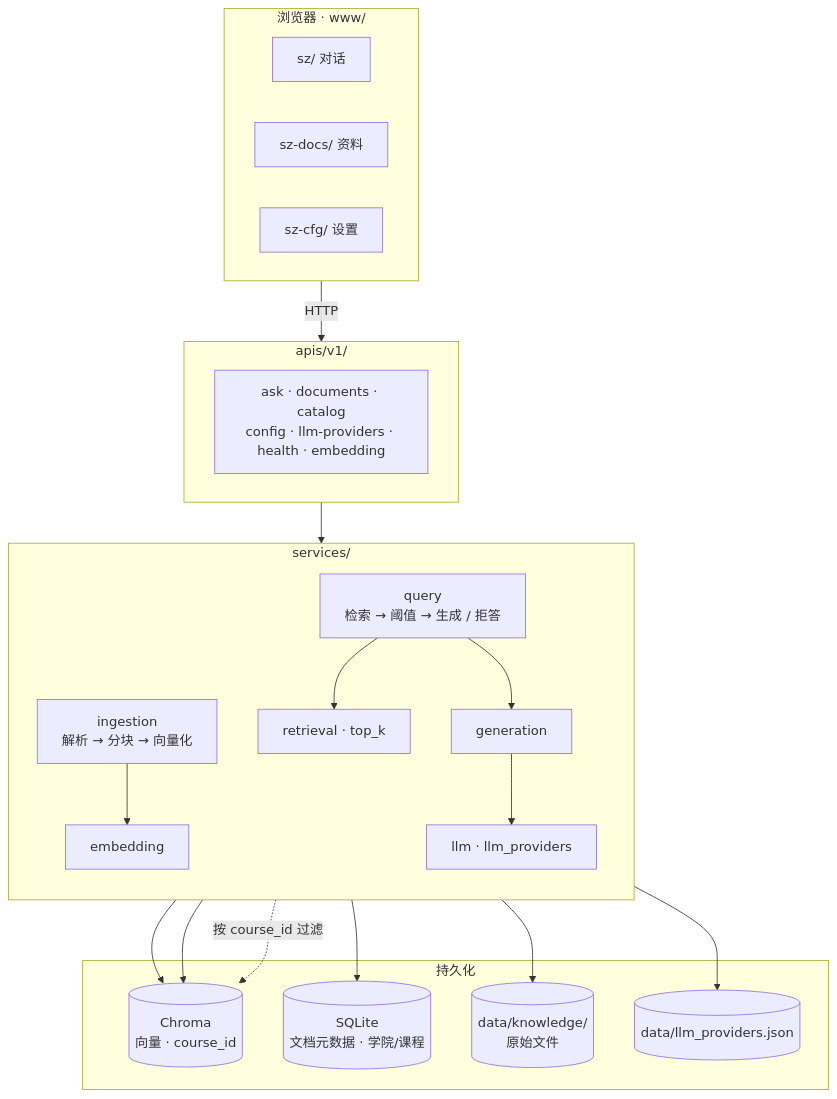
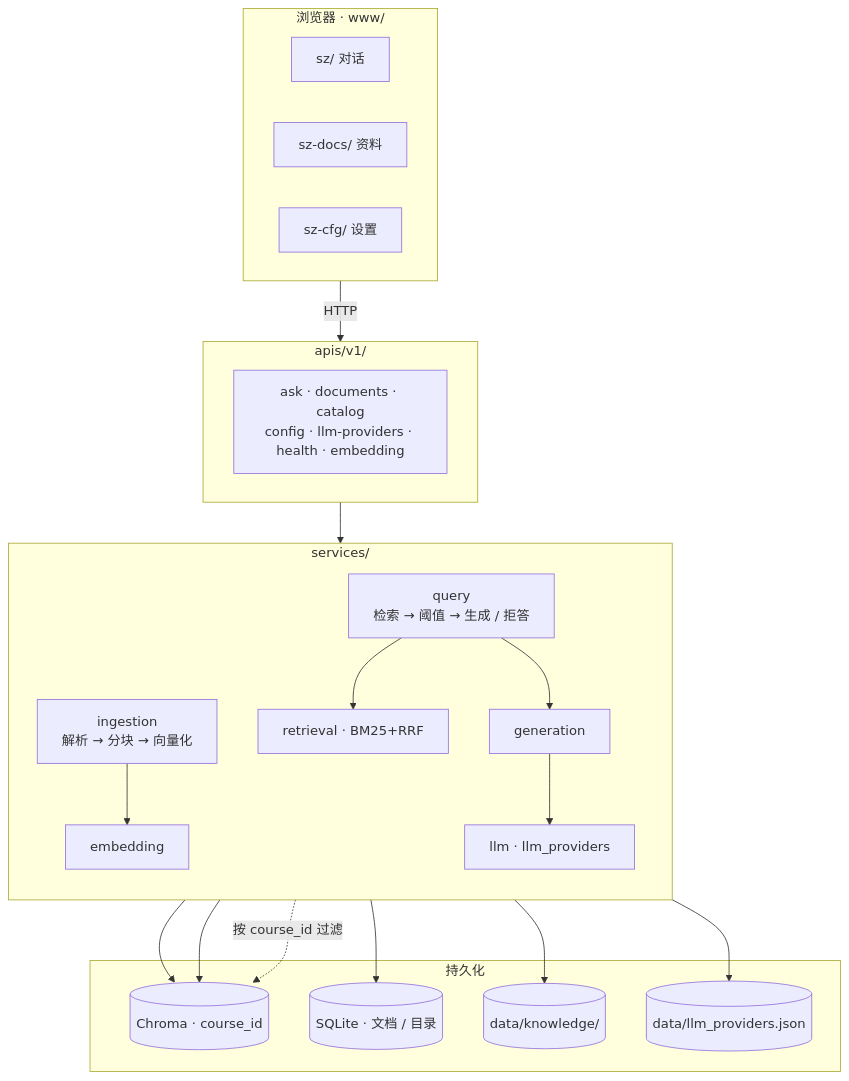
One commit to 1765889846/exam_qa changed the first of 2 diagrams in README.md. Above: the diagram before and after it, drawn with Mermaid. The commit also changed other lines of this file and 29 other files, not shown here.

````diff
--- a/README.md
+++ b/README.md
@@ -49,39 +68,39 @@
 ```mermaid
 flowchart TB
   subgraph browser["浏览器 · www/"]
     SZ["sz/ 对话"]
     DOCS["sz-docs/ 资料"]
     CFG["sz-cfg/ 设置"]
   end
 
   subgraph http["apis/v1/"]
     EP["ask · documents · catalog<br/>config · llm-providers · health · embedding"]
   end
 
   subgraph svc["services/"]
     direction TB
     ING["ingestion<br/>解析 → 分块 → 向量化"]
     Q["query<br/>检索 → 阈值 → 生成 / 拒答"]
-    RET["retrieval · top_k"]
+    RET["retrieval · BM25+RRF"]
     GEN["generation"]
     EMB["embedding"]
     LLM["llm · llm_providers"]
   end
 
   subgraph persist["持久化"]
-    CH[("Chroma<br/>向量 · course_id")]
-    META[("SQLite<br/>文档元数据 · 学院/课程")]
-    FILES[("data/knowledge/<br/>原始文件")]
+    CH[("Chroma · course_id")]
+    META[("SQLite · 文档 / 目录")]
+    FILES[("data/knowledge/")]
     REG[("data/llm_providers.json")]
   end
 
   browser -->|HTTP| http --> svc
   ING --> EMB
   ING --> CH
   ING --> META
   ING --> FILES
   Q --> RET --> CH
   Q --> GEN --> LLM
   LLM --> REG
   RET -.->|按 course_id 过滤| CH
 ```
````
